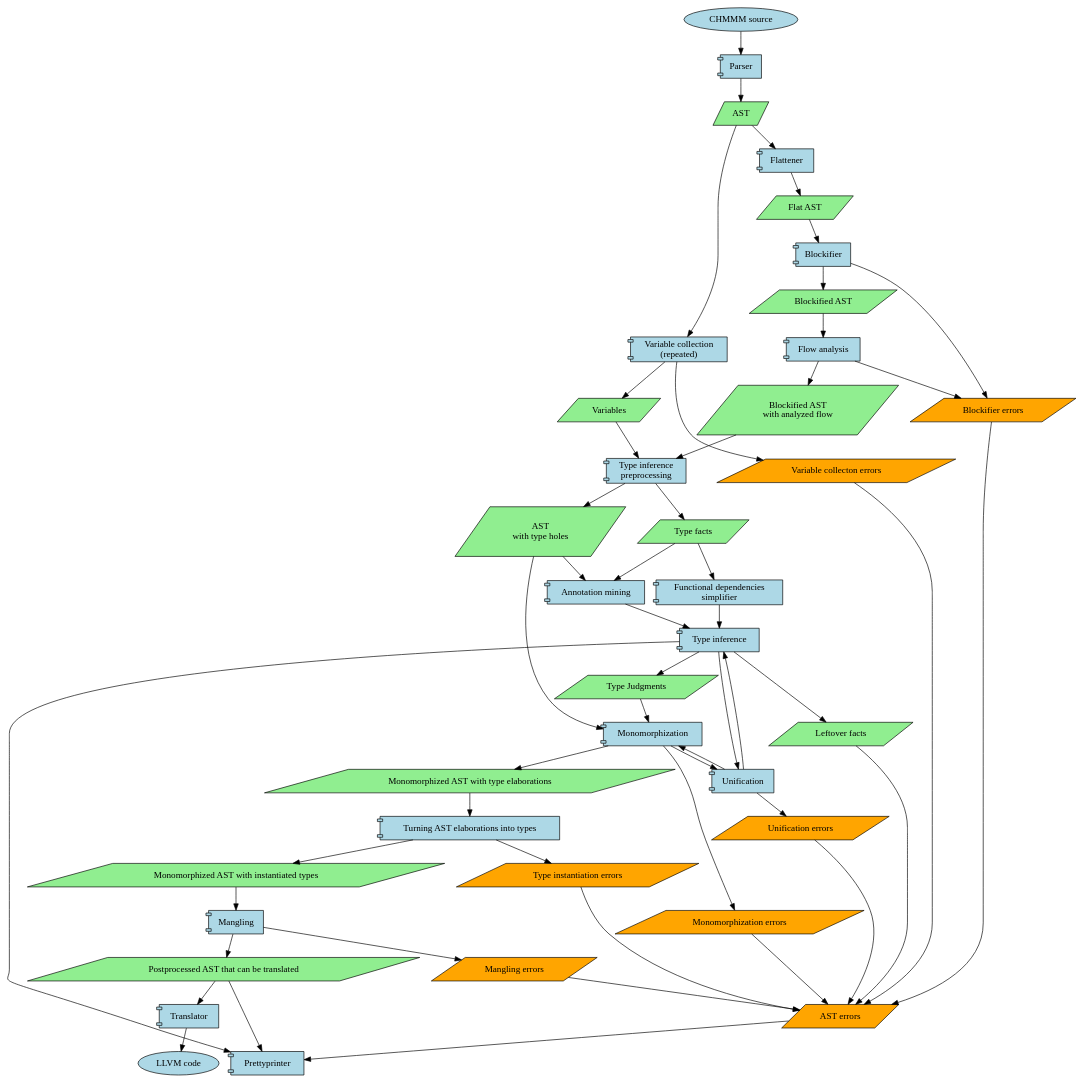
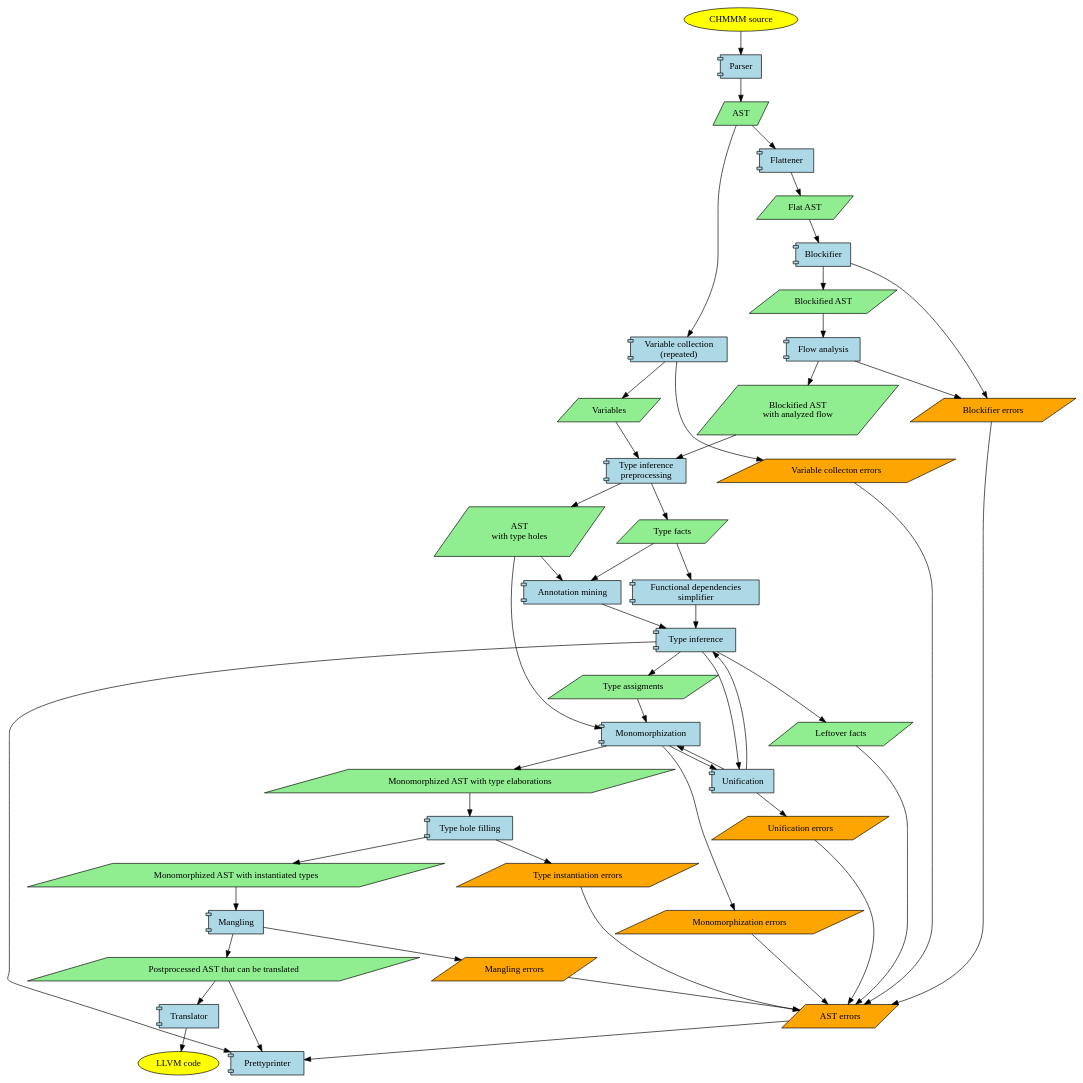
Before and after one commit to jiriklepl/masters-thesis-text: the diagram in dots/arch.dot, drawn with Graphviz. The commit also changed 2 other files, not shown here.

```diff
--- a/dots/arch.dot
+++ b/dots/arch.dot
@@ -1,99 +1,99 @@
 digraph {
     node [style="filled"]
 
     subgraph terminals {
-        node [shape="ellipse", fillcolor="lightblue"]
+        node [shape="ellipse", fillcolor="yellow"]
 
         Source [label="CHMMM source"]
         LLVM [label="LLVM code"]
     }
 
     subgraph data {
         node [shape="parallelogram"]
 
         subgraph orangeData {
             node [fillcolor="orange"]
 
             ASTErrors [label="AST errors"]
             FillingErrors [label="Type instantiation errors"]
             ManglingErrors [label="Mangling errors"]
             UnifyErrors [label="Unification errors"]
             BlockifierErrors [label="Blockifier errors"]
             MonomorphizeErrors [label="Monomorphization errors"]
             VariablesErrors [label="Variable collecton errors"]
         }
         subgraph greenData {
             node [fillcolor="lightgreen"]
 
             AST
             Facts [label="Type facts"]
             LeftFacts [label="Leftover facts"]
             Variables [label="Variables"]
             ASTTypeHoles [label="AST\nwith type holes"]
-            Judgments [label="Type Judgments"]
+            Judgments [label="Type assigments"]
             FlatAST [label="Flat AST"]
             BlockifiedAST [label="Blockified AST"]
             BlockifiedASTAnnots [label="Blockified AST\nwith analyzed flow"]
             MonoAST [label="Monomorphized AST with type elaborations"]
             FilledMonoAST [label="Monomorphized AST with instantiated types"]
             PostAST [label="Postprocessed AST that can be translated"]
         }
 
     }
 
     subgraph components {
         node [shape="component"]
 
         subgraph greenComponents {
             node [fillcolor="lightblue"]
 
             FunDepSimpl [label="Functional dependencies\nsimplifier"]
             AnnotMining  [label="Annotation mining"]
             Parser
             Flattener
             Unification
             Prettyprinter
             Preprocess [label="Type inference\npreprocessing"]
             VariableMining [label="Variable collection\n(repeated)"]
             Blockifier
             FlowAnalysis [label="Flow analysis"]
             Inference [label="Type inference"]
             Monomorphization
-            HoleFilling [label="Turning AST elaborations into types"]
+            HoleFilling [label="Type hole filling"]
             Mangling
             Translator
         }
 
         subgraph yellowComponents {
             node [fillcolor="yellow"]
 
         }
 
     }
 
     subgraph decisions {
         node [shape="diamond"]
     }
 
 
     Source -> Parser -> AST
     AST -> Flattener -> FlatAST
     VariableMining -> VariablesErrors
     AST -> VariableMining -> Variables -> Preprocess
     Facts -> { FunDepSimpl AnnotMining }
     ASTTypeHoles -> AnnotMining
     ASTTypeHoles -> Monomorphization
     { FunDepSimpl AnnotMining } -> Inference -> Judgments -> Monomorphization -> MonoAST -> HoleFilling -> FilledMonoAST -> Mangling -> PostAST -> Prettyprinter
     HoleFilling -> FillingErrors
     Mangling -> ManglingErrors
     { Inference Monomorphization } -> Unification
     FlatAST -> Blockifier -> {BlockifiedAST BlockifierErrors }
     BlockifiedAST -> FlowAnalysis -> BlockifiedASTAnnots
     FlowAnalysis -> BlockifierErrors
     Unification -> { UnifyErrors Monomorphization Inference }
     BlockifiedASTAnnots -> Preprocess -> { Facts ASTTypeHoles }
     Monomorphization -> MonomorphizeErrors
     { FillingErrors ManglingErrors UnifyErrors BlockifierErrors MonomorphizeErrors VariablesErrors LeftFacts } -> ASTErrors -> Prettyprinter
     Inference -> { Prettyprinter LeftFacts }
     PostAST -> Translator -> LLVM
 }
```
